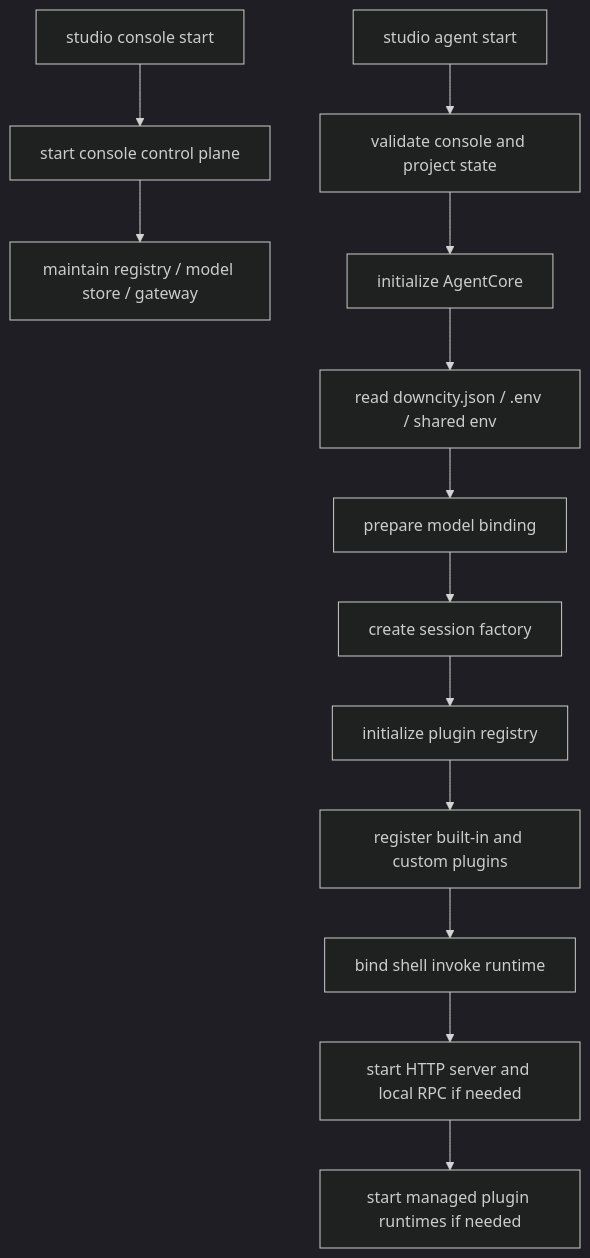
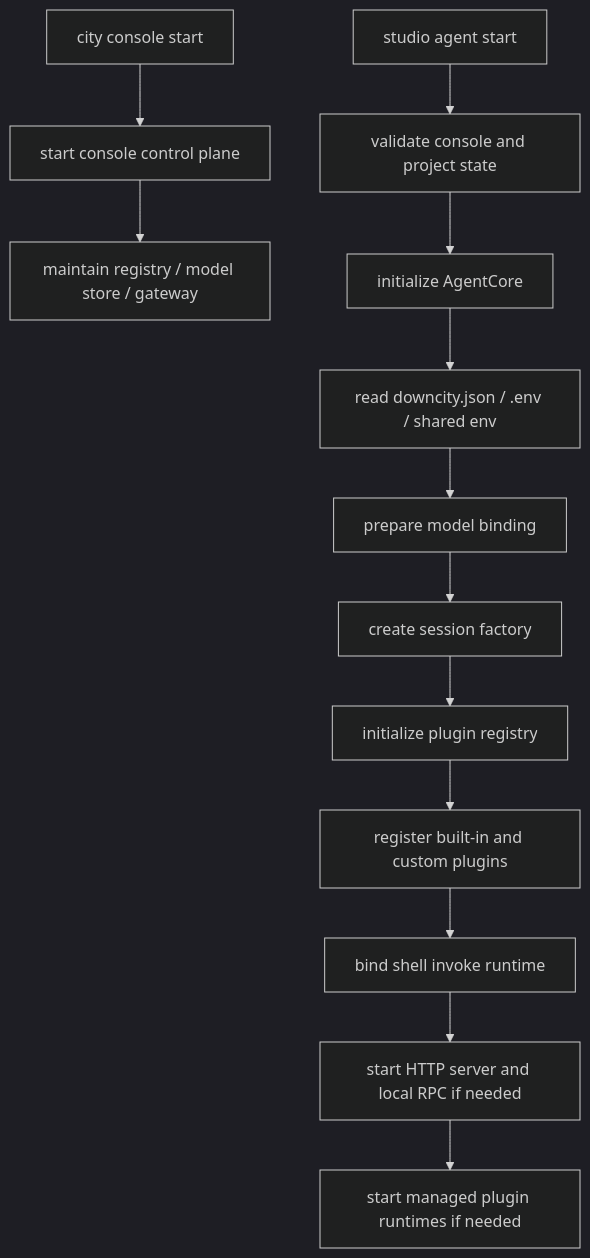
Before and after one commit to wangenius/downcity: the second of 3 diagrams in homepage/content/devdocs/en/package/runtime-and-plugins.mdx, drawn with Mermaid (dark theme). The commit also changed other lines of this file and 364 other files, not shown here.

Commit message:
refactor(cli): split city and studio commands

````diff
--- a/homepage/content/devdocs/en/package/runtime-and-plugins.mdx
+++ b/homepage/content/devdocs/en/package/runtime-and-plugins.mdx
@@ -89,16 +89,16 @@
 ```mermaid
 flowchart TD
-  A["studio console start"] --> B["start console control plane"]
+  A["city console start"] --> B["start console control plane"]
   B --> C["maintain registry / model store / gateway"]
 
   D["studio agent start"] --> E["validate console and project state"]
   E --> F["initialize AgentCore"]
   F --> G["read downcity.json / .env / shared env"]
   G --> H["prepare model binding"]
   H --> I["create session factory"]
   I --> J["initialize plugin registry"]
   J --> K["register built-in and custom plugins"]
   K --> L["bind shell invoke runtime"]
   L --> M["start HTTP server and local RPC if needed"]
   M --> N["start managed plugin runtimes if needed"]
 ```
````
